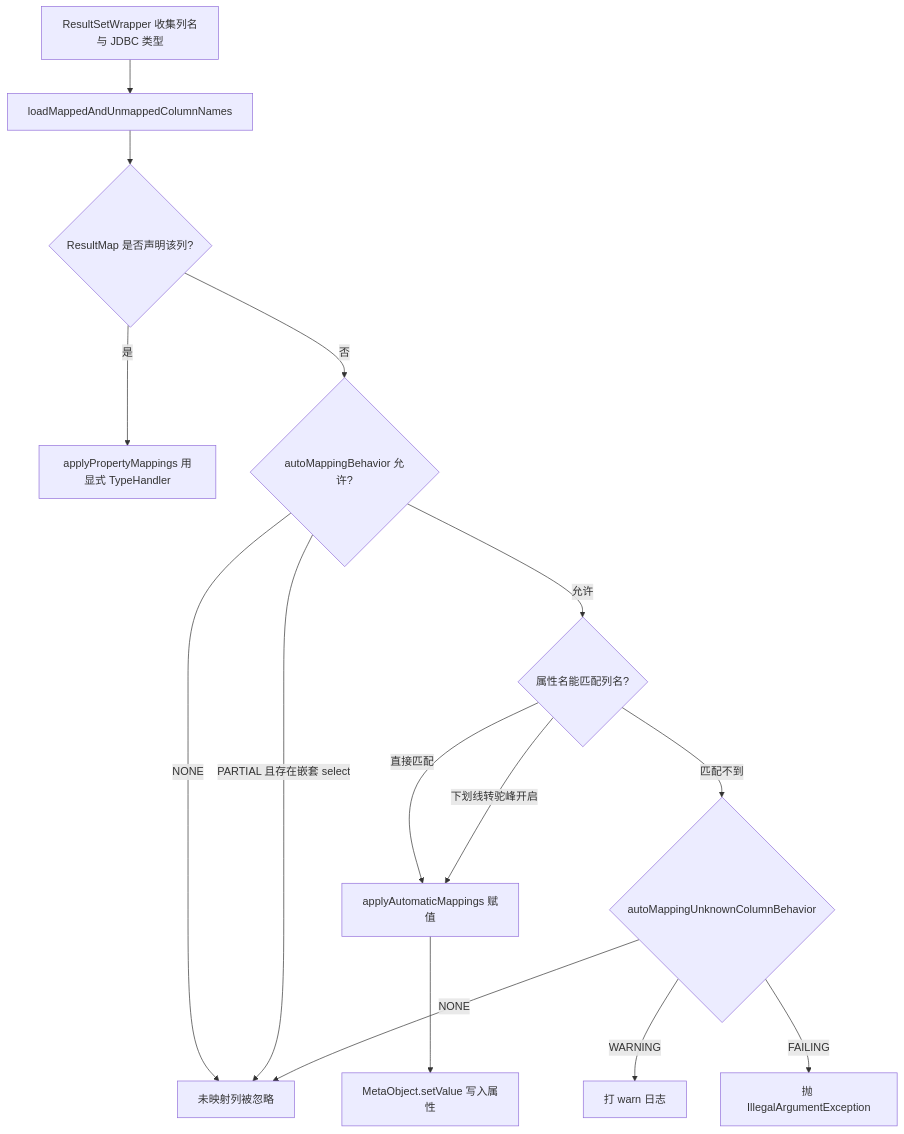
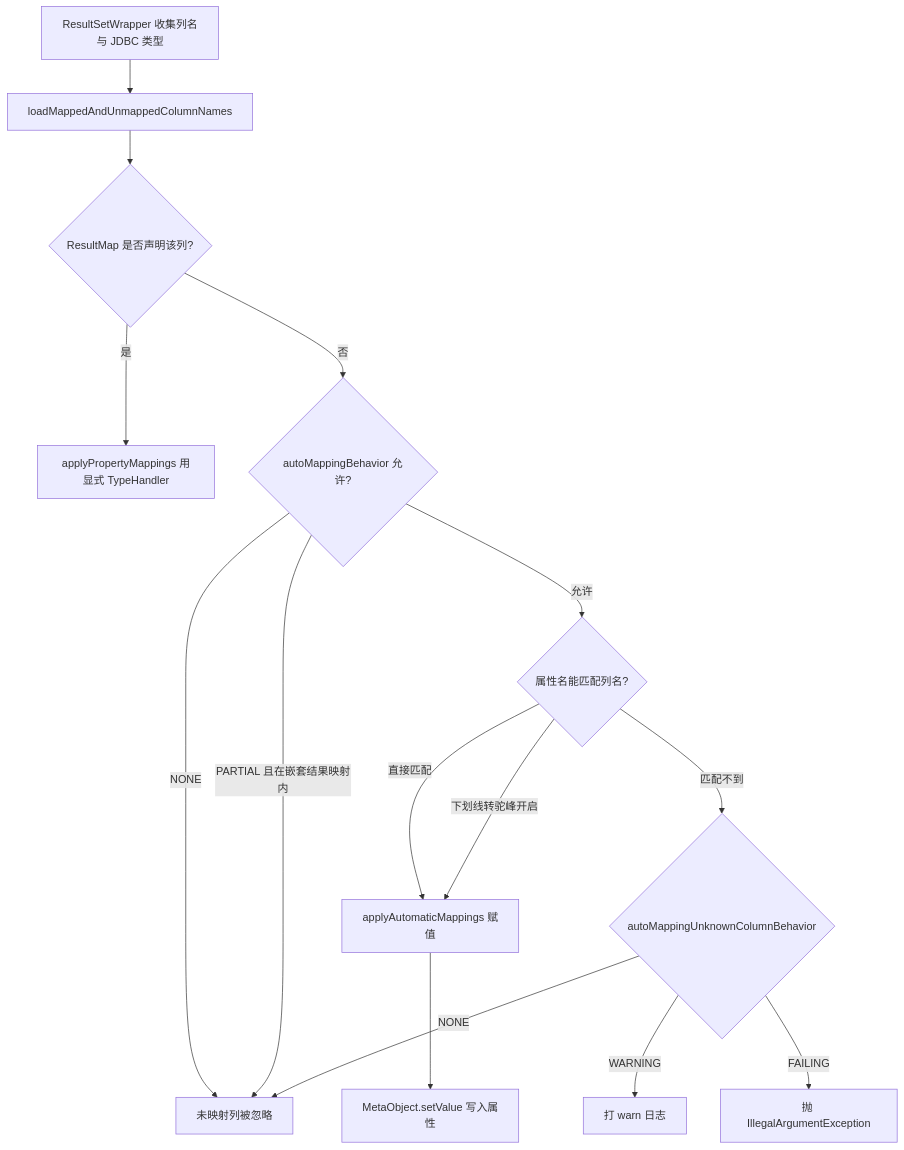
The seventh of 14 diagrams in 04-spring/04-MyBatis原理.md (jacketan/java-interview), drawn with Mermaid before and after one commit. The commit also changed other lines of this file and 38 other files, not shown here.

````diff
--- a/04-spring/04-MyBatis原理.md
+++ b/04-spring/04-MyBatis原理.md
@@ -775,17 +775,17 @@
 ```mermaid
 flowchart TD
   A["ResultSetWrapper 收集列名与 JDBC 类型"] --> B["loadMappedAndUnmappedColumnNames"]
   B --> C{"ResultMap 是否声明该列?"}
   C -->|"是"| D["applyPropertyMappings 用显式 TypeHandler"]
   C -->|"否"| E{"autoMappingBehavior 允许?"}
   E -->|"NONE"| F["未映射列被忽略"]
-  E -->|"PARTIAL 且存在嵌套 select"| F
+  E -->|"PARTIAL 且在嵌套结果映射内"| F
   E -->|"允许"| G{"属性名能匹配列名?"}
   G -->|"直接匹配"| H["applyAutomaticMappings 赋值"]
   G -->|"下划线转驼峰开启"| H
   G -->|"匹配不到"| I{"autoMappingUnknownColumnBehavior"}
   I -->|"NONE"| F
   I -->|"WARNING"| I1["打 warn 日志"]
   I -->|"FAILING"| I2["抛 IllegalArgumentException"]
   H --> J["MetaObject.setValue 写入属性"]
 ```
````
